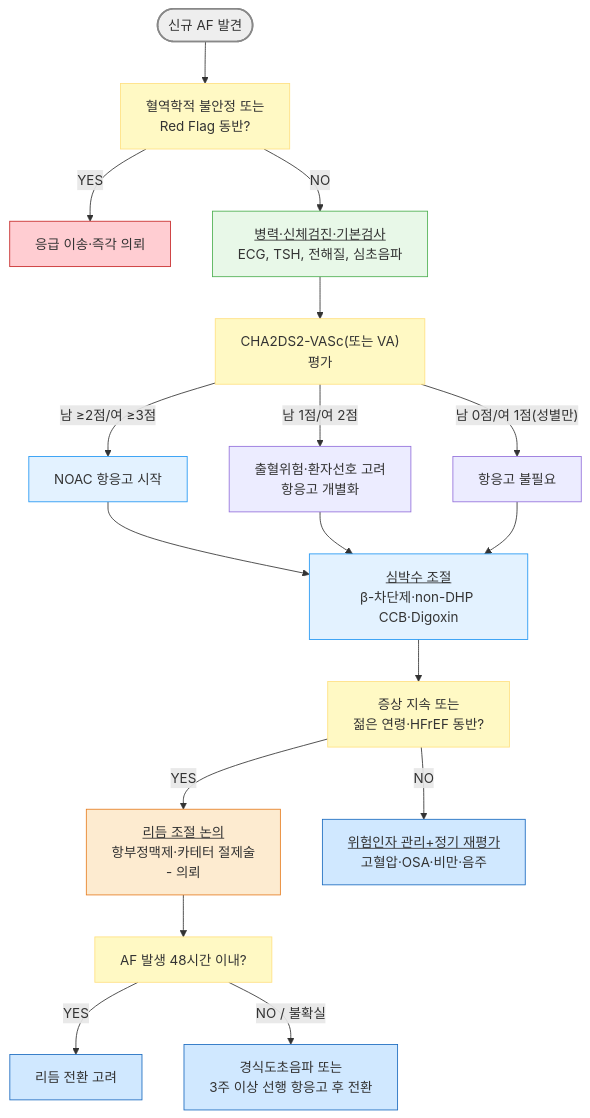
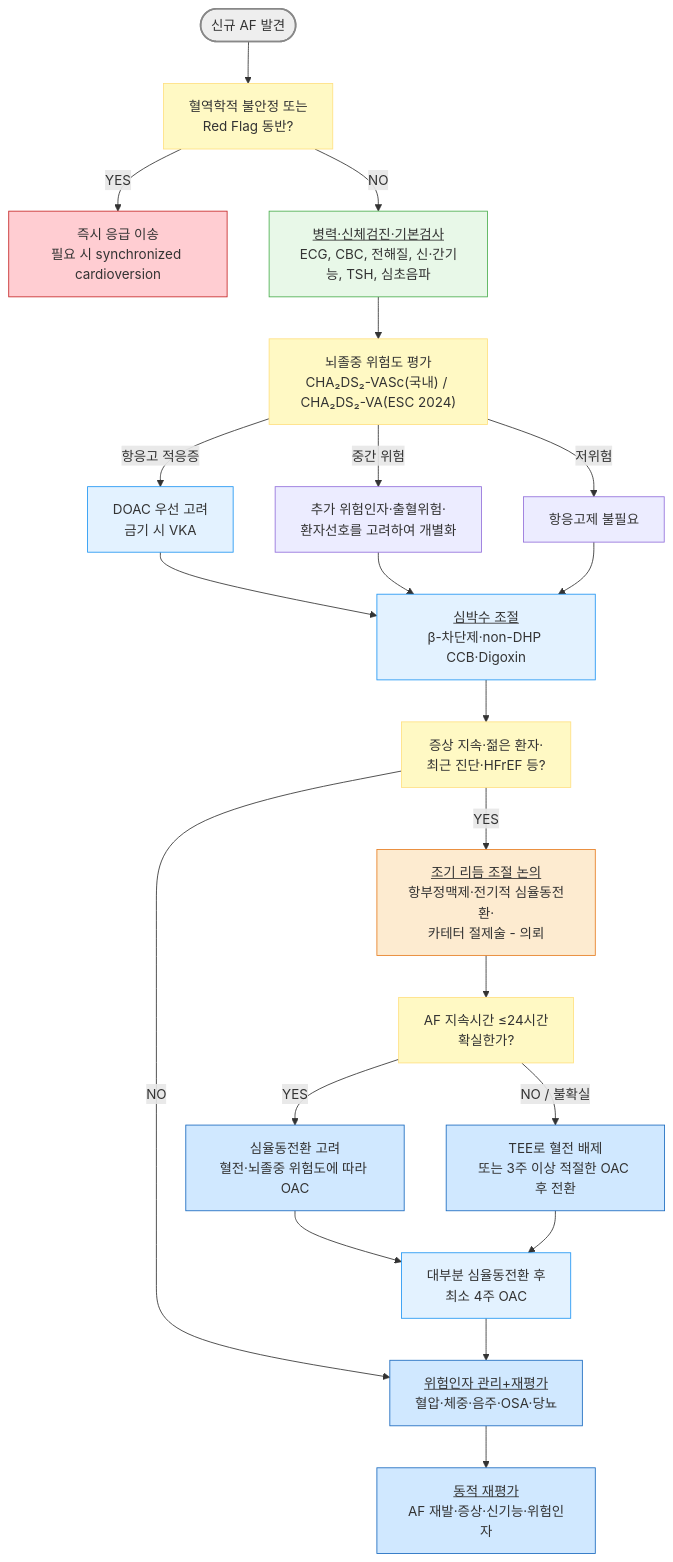
One commit to familyoh77/familyoh77 changed the diagram in 225_/099_1-atrial-fibrillation.md. Above: the diagram before and after it, drawn with Mermaid. The commit also changed other lines of this file, not shown here.

````diff
--- a/225_/099_1-atrial-fibrillation.md
+++ b/225_/099_1-atrial-fibrillation.md
@@ -85,32 +92,35 @@
 ```mermaid
 graph TD
     Start(["신규 AF 발견"]) --> Unstable["혈역학적 불안정 또는<br/>Red Flag 동반?"]
-    Unstable -->|YES| Emergency["응급 이송·즉각 의뢰"]
-    Unstable -->|NO| Workup["<u>병력·신체검진·기본검사</u><br/>ECG, TSH, 전해질, 심초음파"]
-    Workup --> Score["CHA2DS2-VASc(또는 VA)<br/>평가"]
-    Score -->|"남 ≥2점/여 ≥3점"| OAC["NOAC 항응고 시작"]
-    Score -->|"남 1점/여 2점"| Consider["출혈위험·환자선호 고려<br/>항응고 개별화"]
-    Score -->|"남 0점/여 1점(성별만)"| NoOAC["항응고 불필요"]
+    Unstable -->|YES| Emergency["즉시 응급 이송<br/>필요 시 synchronized cardioversion"]
+    Unstable -->|NO| Workup["<u>병력·신체검진·기본검사</u><br/>ECG, CBC, 전해질, 신·간기능, TSH, 심초음파"]
+    Workup --> Score["뇌졸중 위험도 평가<br/>CHA₂DS₂-VASc(국내) / CHA₂DS₂-VA(ESC 2024)"]
+    Score -->|"저위험"| NoOAC["항응고제 불필요"]
+    Score -->|"항응고 적응증"| OAC["DOAC 우선 고려<br/>금기 시 VKA"]
+    Score -->|"중간 위험"| Consider["추가 위험인자·출혈위험·<br/>환자선호를 고려하여 개별화"]
     OAC --> Rate["<u>심박수 조절</u><br/>β-차단제·non-DHP CCB·Digoxin"]
     Consider --> Rate
     NoOAC --> Rate
-    Rate --> Symptom["증상 지속 또는<br/>젊은 연령·HFrEF 동반?"]
-    Symptom -->|YES| Rhythm["<u>리듬 조절 논의</u><br/>항부정맥제·카테터 절제술<br/> - 의뢰"]
-    Symptom -->|NO| Followup["<u>위험인자 관리+정기 재평가</u><br/>고혈압·OSA·비만·음주"]
-    Rhythm --> Duration["AF 발생 48시간 이내?"]
-        Duration -->|YES| Cardiovert["리듬 전환 고려"]
-    Duration -->|"NO / 불확실"| TEE["경식도초음파 또는<br/>3주 이상 선행 항응고 후 전환"]
+    Rate --> RhythmQ["증상 지속·젊은 환자·<br/>최근 진단·HFrEF 등?"]
+    RhythmQ -->|YES| Rhythm["<u>조기 리듬 조절 논의</u><br/>항부정맥제·전기적 심율동전환·<br/>카테터 절제술 - 의뢰"]
+    RhythmQ -->|NO| Followup["<u>위험인자 관리+재평가</u><br/>혈압·체중·음주·OSA·당뇨"]
+    Rhythm --> Duration["AF 지속시간 ≤24시간<br/>확실한가?"]
+    Duration -->|YES| Cardiovert["심율동전환 고려<br/>혈전·뇌졸중 위험도에 따라 OAC"]
+    Duration -->|"NO / 불확실"| TEE["TEE로 혈전 배제<br/>또는 3주 이상 적절한 OAC 후 전환"]
+    Cardiovert --> PostCV["대부분 심율동전환 후<br/>최소 4주 OAC"]
+    TEE --> PostCV
+    PostCV --> Followup
+    Followup --> Reassess["<u>동적 재평가</u><br/>AF 재발·증상·신기능·위험인자"]
 
 style Start fill:#eeeeee,stroke:#888888,stroke-width:2px
 style Emergency fill:#ffcdd2,stroke:#c62828
 style Rhythm fill:#fdebd0,stroke:#e67e22
 classDef yellow fill:#fff9c4,stroke:#ffe082
-class Unstable,Score,Symptom,Duration yellow
+class Unstable,Score,RhythmQ,Duration yellow
 classDef lightGreen fill:#e8f8e8,stroke:#4caf50
 class Workup lightGreen
 classDef sky fill:#e3f2ff,stroke:#2196f3
-class OAC,Rate sky
+class OAC,Rate,PostCV sky
 classDef blue fill:#d0e8ff,stroke:#1a6abf
-class Followup,Cardiovert,TEE blue
-
+class Followup,Cardiovert,TEE,Reassess blue
 ```
````
